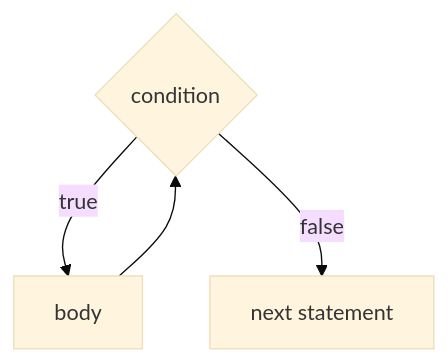
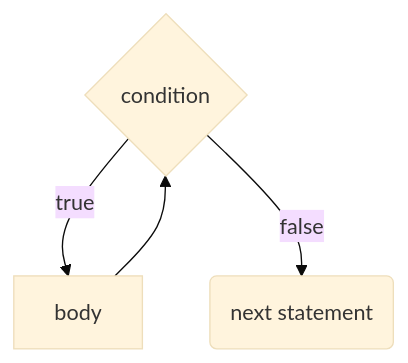
Before and after one commit to Allen-B1/java-lessons: the first of 5 diagrams in C2.md, drawn with Mermaid (base theme). The commit also changed other lines of this file and 5 other files, not shown here.

Commit message:
Fix loop diagrams

````diff
--- a/C2.md
+++ b/C2.md
@@ -12,6 +12,6 @@
 ```mermaid
 graph TD
 condition{condition} --> |true| body
-condition --> |false| next["next statement"]
+condition --> |false| next("next statement")
 body --> condition
 ```
````
